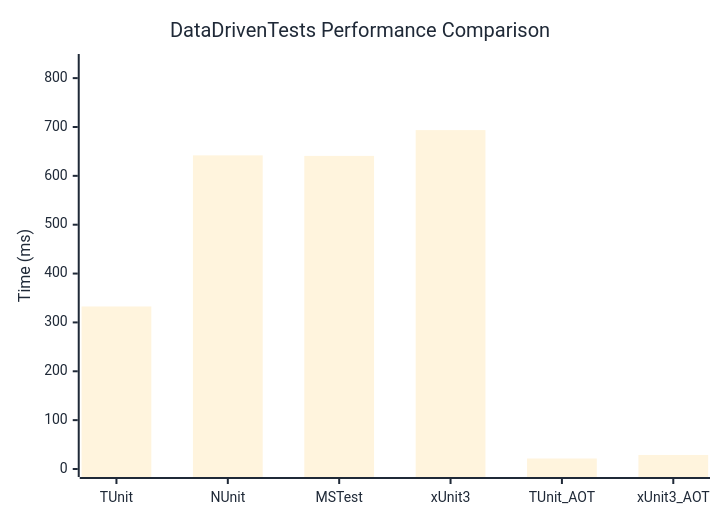
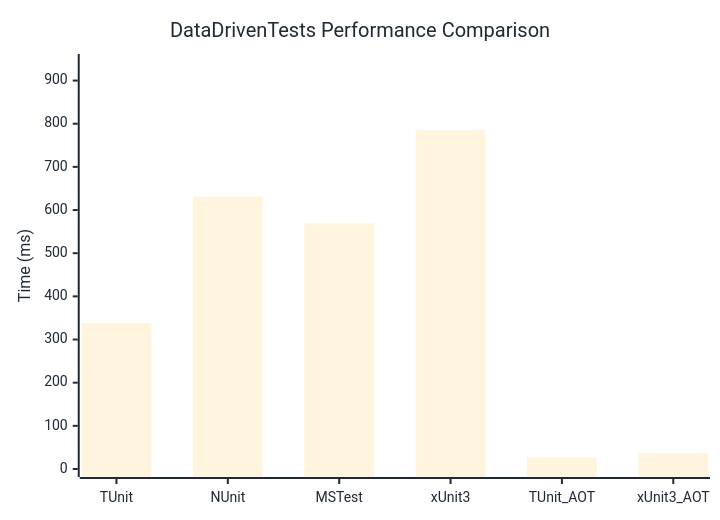
The diagram in docs/docs/benchmarks/engine/DataDrivenTests.md (thomhurst/TUnit), drawn with Mermaid before and after one commit. The commit also changed other lines of this file and 18 other files, not shown here.

````diff
--- a/docs/docs/benchmarks/engine/DataDrivenTests.md
+++ b/docs/docs/benchmarks/engine/DataDrivenTests.md
@@ -30,37 +30,37 @@
 ```mermaid
 %%{init: {
   'theme':'base',
   'themeVariables': {
     'primaryColor': '#2563eb',
     'primaryTextColor': '#1f2937',
     'primaryBorderColor': '#1e40af',
     'lineColor': '#6b7280',
     'secondaryColor': '#7c3aed',
     'tertiaryColor': '#dc2626',
     'background': '#ffffff',
     'mainBkg': '#2563eb',
     'secondBkg': '#7c3aed',
     'tertiaryBkg': '#dc2626',
     'clusterBkg': '#f3f4f6',
     'edgeLabelBackground': '#ffffff',
     'tertiaryTextColor': '#1f2937',
     'pie1': '#2563eb',
     'pie2': '#7c3aed',
     'pie3': '#dc2626',
     'pie4': '#f59e0b',
     'pie5': '#10b981',
     'pie6': '#06b6d4',
     'pie7': '#ec4899',
     'pie8': '#6366f1',
     'pie9': '#84cc16',
     'pie10': '#f97316',
     'pie11': '#14b8a6',
     'pie12': '#a855f7'
   }
 }}%%
 xychart-beta
   title "DataDrivenTests Performance Comparison"
   x-axis ["TUnit", "NUnit", "MSTest", "xUnit3", "TUnit_AOT", "xUnit3_AOT"]
-  y-axis "Time (ms)" 0 --> 833
-  bar [332.65, 641.95, 640.79, 693.6, 21.49, 28.72]
+  y-axis "Time (ms)" 0 --> 943
+  bar [337.87, 631.09, 569.21, 785.28, 26.94, 36.52]
 ```
````
